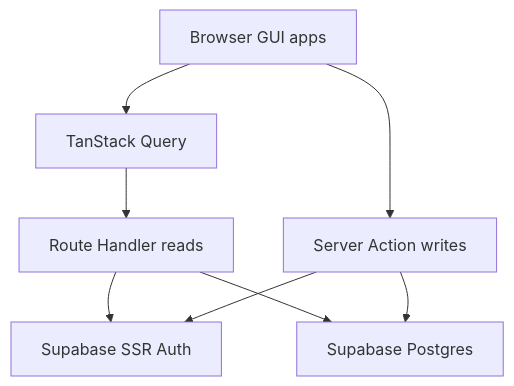
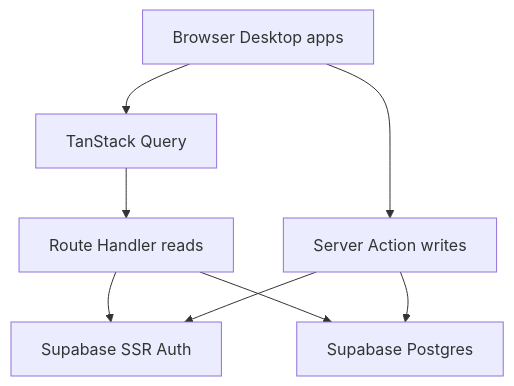
One commit to noonnofus/Portfolio-terminal-OS changed the fourth of 4 diagrams in docs/ARCHITECTURE.md. Above: the diagram before and after it, drawn with Mermaid. The commit also changed other lines of this file and 187 other files, not shown here.

Commit message:
refactor: migrate GUI namespace to Desktop

````diff
--- a/docs/ARCHITECTURE.md
+++ b/docs/ARCHITECTURE.md
@@ -146,10 +147,10 @@
 ```mermaid
 flowchart TD
-    Browser["Browser GUI apps"] --> Query["TanStack Query"]
+    Browser["Browser Desktop apps"] --> Query["TanStack Query"]
     Query --> Reads["Route Handler reads"]
     Browser --> Actions["Server Action writes"]
     Reads --> SupabaseAuth["Supabase SSR Auth"]
     Actions --> SupabaseAuth
     Reads --> SupabaseDB["Supabase Postgres"]
     Actions --> SupabaseDB
 ```
````
